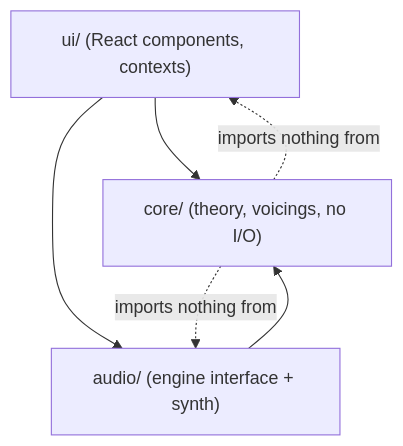
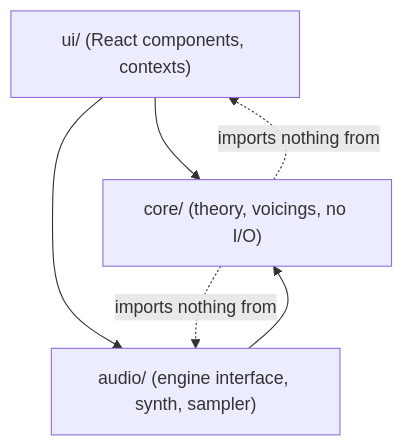
One commit to DownTown44/accompa changed the first of 2 diagrams in _bmad-output/planning-artifacts/architecture/architecture-accompa-2026-10-23/ARCHITECTURE-SPINE.md. Above: the diagram before and after it, drawn with Mermaid. The commit also changed other lines of this file and 2 other files, not shown here.

Commit message:
docs: update the architecture spine for Phase 2 and record the adversarial review

````diff
--- a/_bmad-output/planning-artifacts/architecture/architecture-accompa-2026-10-23/ARCHITECTURE-SPINE.md
+++ b/_bmad-output/planning-artifacts/architecture/architecture-accompa-2026-10-23/ARCHITECTURE-SPINE.md
@@ -22,8 +22,8 @@
 ```mermaid
 graph TD
     UI["ui/ (React components, contexts)"] --> CORE["core/ (theory, voicings, no I/O)"]
-    UI --> AUDIO["audio/ (engine interface + synth)"]
+    UI --> AUDIO["audio/ (engine interface, synth, sampler)"]
     AUDIO --> CORE
     CORE -.->|"imports nothing from"| UI
     CORE -.->|"imports nothing from"| AUDIO
 ```
````
